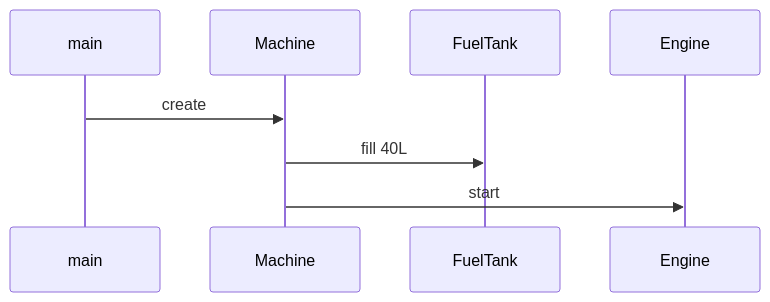
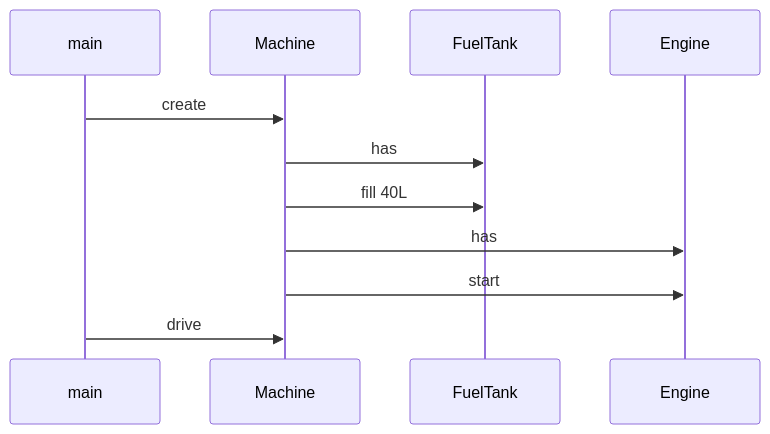
The diagram in laskarit/viikko3/sekvenssikaavio.MD (platipus82/ot-harjoitustyo), drawn with Mermaid before and after one commit.

````diff
--- a/laskarit/viikko3/sekvenssikaavio.MD
+++ b/laskarit/viikko3/sekvenssikaavio.MD
@@ -1,7 +1,9 @@
 ```mermaid
 sequenceDiagram
     main->>Machine: create
+    Machine->>FuelTank: has
     Machine->>FuelTank: fill 40L
+    Machine->>Engine: has   
     Machine->>Engine: start
-    
+    main->>Machine: drive
 ```
````
